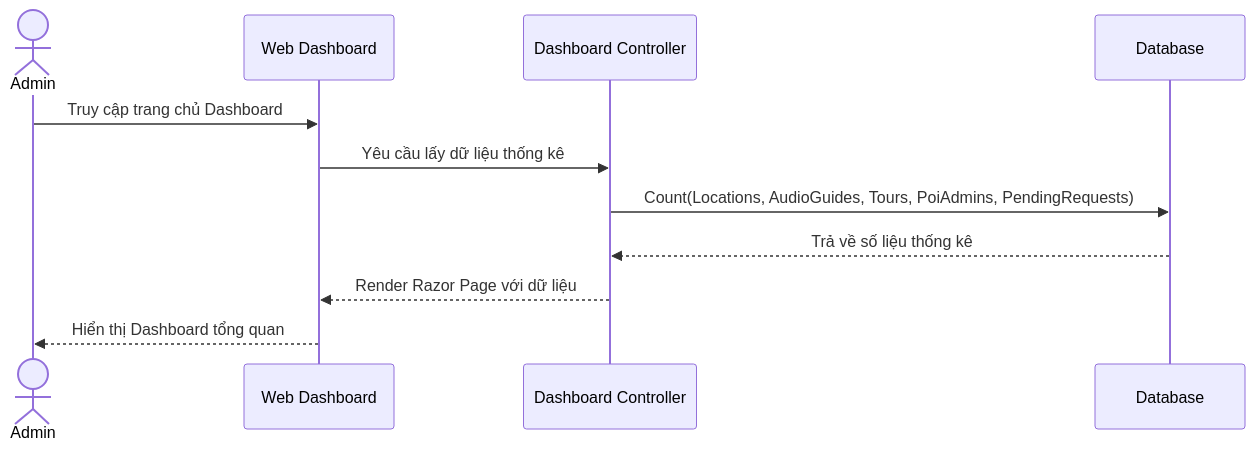
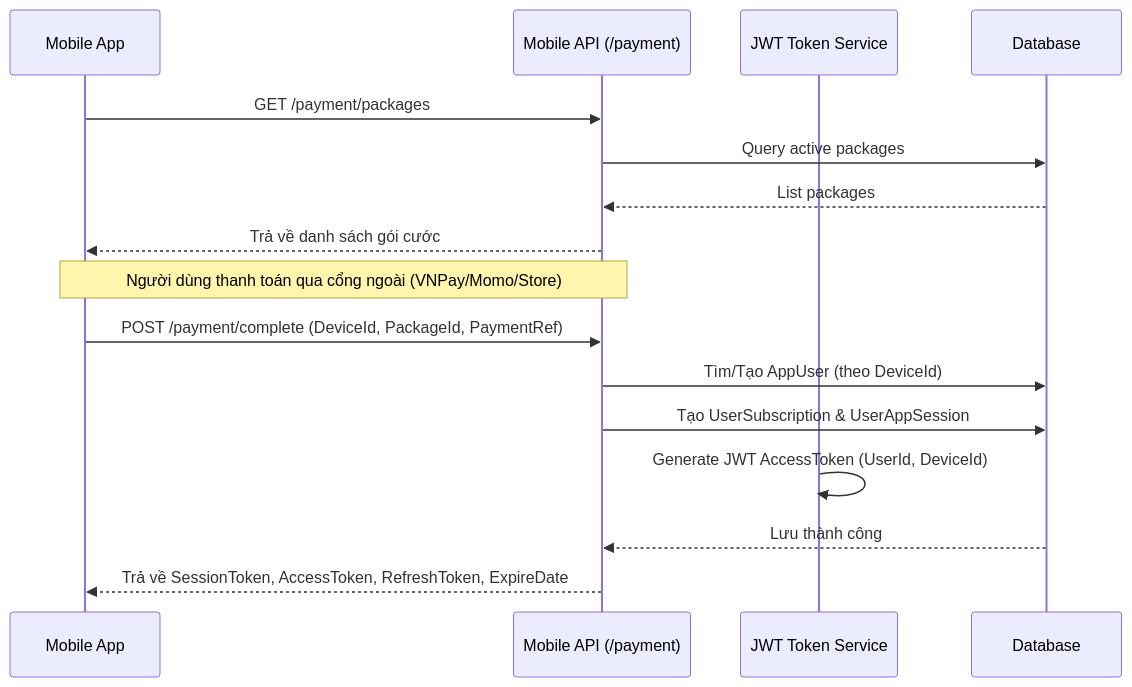
One commit to CuongNguyen-0712/AudioLife changed the second of 11 diagrams in system_sequence_diagrams.md. Above: the diagram before and after it, drawn with Mermaid. The commit also changed other lines of this file and 392 other files, not shown here.

````diff
--- a/system_sequence_diagrams.md
+++ b/system_sequence_diagrams.md
@@ -36,14 +36,21 @@
 ```mermaid
 sequenceDiagram
-    actor Admin
-    participant Web as Web Dashboard
-    participant API as Dashboard Controller
+    participant Mobile as Mobile App
+    participant API as Mobile API (/payment)
+    participant JWT as JWT Token Service
     participant DB as Database
     
-    Admin->>Web: Truy cập trang chủ Dashboard
-    Web->>API: Yêu cầu lấy dữ liệu thống kê
-    API->>DB: Count(Locations, AudioGuides, Tours, PoiAdmins, PendingRequests)
-    DB-->>API: Trả về số liệu thống kê
-    API-->>Web: Render Razor Page với dữ liệu
-    Web-->>Admin: Hiển thị Dashboard tổng quan
+    Mobile->>API: GET /payment/packages
+    API->>DB: Query active packages
+    DB-->>API: List packages
+    API-->>Mobile: Trả về danh sách gói cước
+    
+    Note over Mobile, API: Người dùng thanh toán qua cổng ngoài (VNPay/Momo/Store)
+    
+    Mobile->>API: POST /payment/complete (DeviceId, PackageId, PaymentRef)
+    API->>DB: Tìm/Tạo AppUser (theo DeviceId)
+    API->>DB: Tạo UserSubscription & UserAppSession
+    JWT->>JWT: Generate JWT AccessToken (UserId, DeviceId)
+    DB-->>API: Lưu thành công
+    API-->>Mobile: Trả về SessionToken, AccessToken, RefreshToken, ExpireDate
 ```
````
